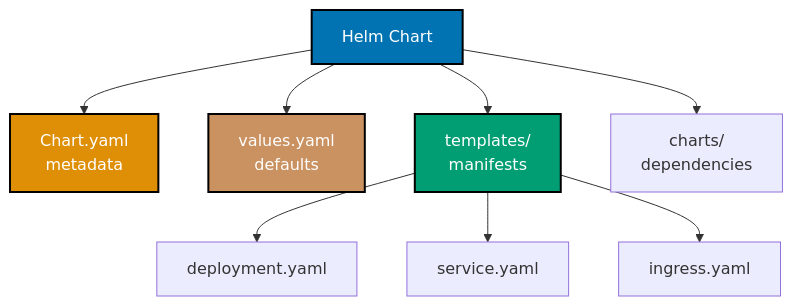
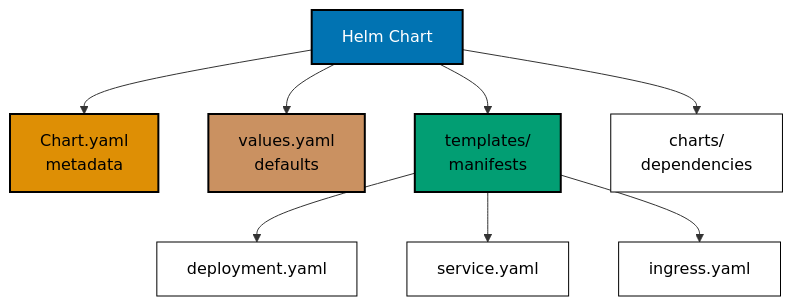
One commit to wahidyankf/ose-public changed the eighth of 14 diagrams in apps/ayokoding-www/content/en/learn/legacy/software-engineering/infrastructure/tools/kubernetes/by-example/advanced.md. Above: the diagram before and after it, drawn with Mermaid. The commit also changed other lines of this file and 131 other files, not shown here.

First line of the commit message:
fix(mermaid): bring the legacy data, infrastructure, and testing diagrams onto the accessible palette

````diff
--- a/apps/ayokoding-www/content/en/learn/legacy/software-engineering/infrastructure/tools/kubernetes/by-example/advanced.md
+++ b/apps/ayokoding-www/content/en/learn/legacy/software-engineering/infrastructure/tools/kubernetes/by-example/advanced.md
@@ -2466,17 +2514,24 @@
 ```mermaid
 %% Color Palette: Blue #0173B2, Orange #DE8F05, Teal #029E73, Purple #CC78BC, Brown #CA9161
 %% Helm chart structure
 graph TD
+ accTitle: Example 74: Basic Helm Chart Structure
+ accDescr: Graph with 8 nodes and 7 connections. Nodes: Helm Chart, Chart.yaml metadata, values.yaml defaults, templates/ manifests, deployment.yaml, service.yaml, ingress.yaml, charts/ dependencies. Connections: Helm Chart to Chart.yaml metadata, Helm Chart to values.yaml defaults, Helm Chart to templates/ manifests, templates/ manifests to deployment.yaml, templates/ manifests to service.yaml, templates/ manifests to ingress.yaml, Helm Chart to charts/ dependencies.
  A[Helm Chart] --> B[Chart.yaml<br/>metadata]
  A --> C[values.yaml<br/>defaults]
  A --> D[templates/<br/>manifests]
  D --> E[deployment.yaml]
  D --> F[service.yaml]
  D --> G[ingress.yaml]
  A --> H[charts/<br/>dependencies]
 
- style A fill:#0173B2,stroke:#000000,stroke-width:2px,color:#fff
- style B fill:#DE8F05,stroke:#000000,stroke-width:2px,color:#fff
- style C fill:#CA9161,stroke:#000000,stroke-width:2px,color:#fff
- style D fill:#029E73,stroke:#000000,stroke-width:2px,color:#fff
+ classDef pal-0173B2 fill:#0173B2,stroke:#000000,color:#FFFFFF,stroke-width:2px
+ class A pal-0173B2
+ classDef pal-DE8F05 fill:#DE8F05,stroke:#000000,color:#000000,stroke-width:2px
+ class B pal-DE8F05
+ classDef pal-CA9161 fill:#CA9161,stroke:#000000,color:#000000,stroke-width:2px
+ class C pal-CA9161
+ classDef pal-029E73 fill:#029E73,stroke:#000000,color:#000000,stroke-width:2px
+ class D pal-029E73
+ classDef default fill:#FFFFFF,stroke:#000000,color:#000000
 ```
````
